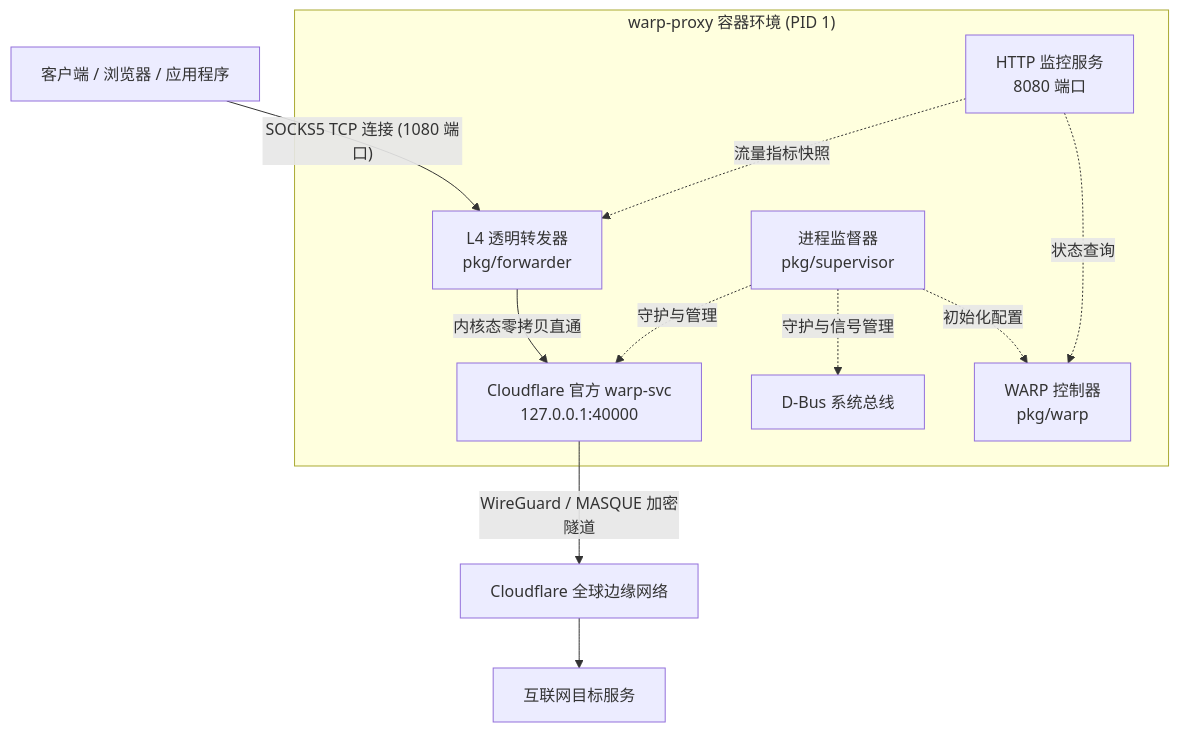
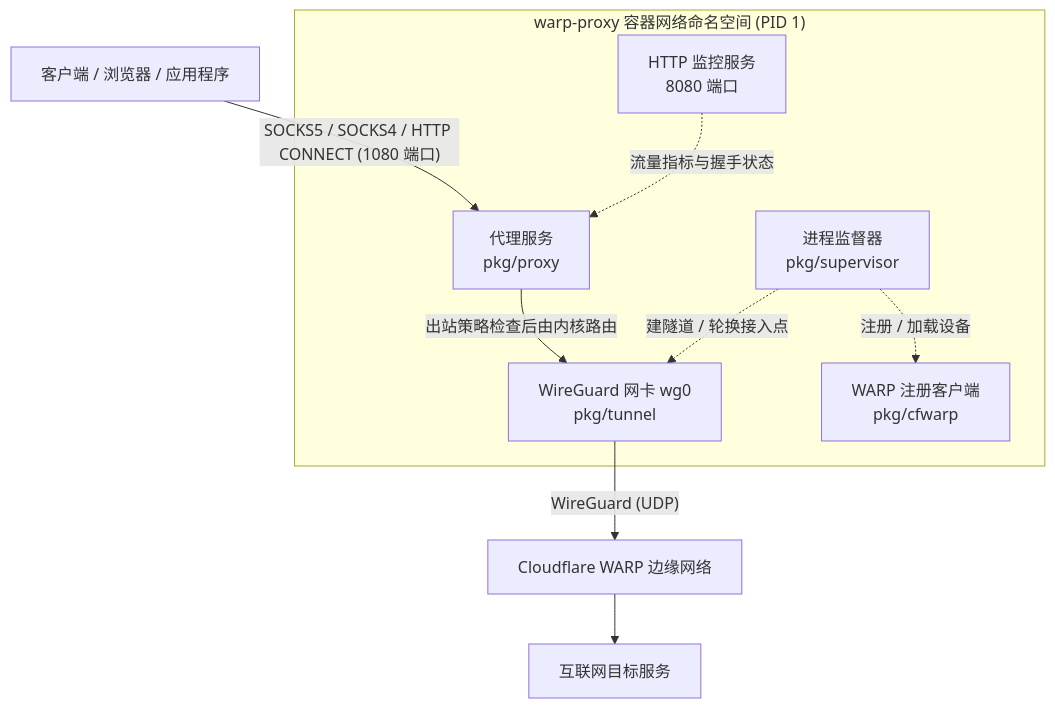
Before and after one commit to riba2534/warp-proxy: the diagram in README.md, drawn with Mermaid. The commit also changed other lines of this file and 2 other files, not shown here.

Commit message:
docs: document the WireGuard backend and v1 upgrade

````diff
--- a/README.md
+++ b/README.md
@@ -58,18 +56,14 @@
 ```mermaid
 flowchart TD
-    Client["客户端 / 浏览器 / 应用程序"] -->|"SOCKS5 TCP 连接 (1080 端口)"| Fwd["L4 透明转发器<br/>pkg/forwarder"]
+    Client["客户端 / 浏览器 / 应用程序"] -->|"SOCKS5 / SOCKS4 / HTTP CONNECT (1080 端口)"| Proxy["代理服务<br/>pkg/proxy"]
 
-    subgraph Container ["warp-proxy 容器环境 (PID 1)"]
-        Fwd -->|"内核态零拷贝直通"| Svc["Cloudflare 官方 warp-svc<br/>127.0.0.1:40000"]
-
-        Supervisor["进程监督器<br/>pkg/supervisor"] -.->|"守护与信号管理"| DBus["D-Bus 系统总线"]
-        Supervisor -.->|"守护与管理"| Svc
-        Supervisor -.->|"初始化配置"| Controller["WARP 控制器<br/>pkg/warp"]
-
-        HealthSrv["HTTP 监控服务<br/>8080 端口"] -.->|"流量指标快照"| Fwd
-        HealthSrv -.->|"状态查询"| Controller
+    subgraph Container ["warp-proxy 容器网络命名空间 (PID 1)"]
+        Proxy -->|"出站策略检查后由内核路由"| WG["WireGuard 网卡 wg0<br/>pkg/tunnel"]
+        Supervisor["进程监督器<br/>pkg/supervisor"] -.->|"注册 / 加载设备"| Reg["WARP 注册客户端<br/>pkg/cfwarp"]
+        Supervisor -.->|"建隧道 / 轮换接入点"| WG
+        HealthSrv["HTTP 监控服务<br/>8080 端口"] -.->|"流量指标与握手状态"| Proxy
     end
 
-    Svc -->|"WireGuard / MASQUE 加密隧道"| CF["Cloudflare 全球边缘网络"]
+    WG -->|"WireGuard (UDP)"| CF["Cloudflare WARP 边缘网络"]
     CF --> Target["互联网目标服务"]
 ```
````
